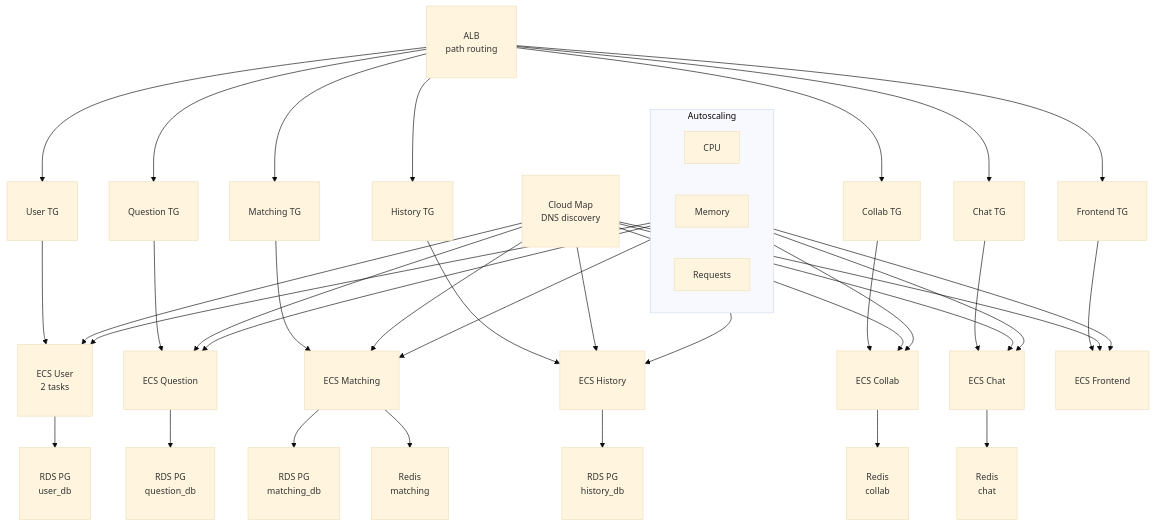
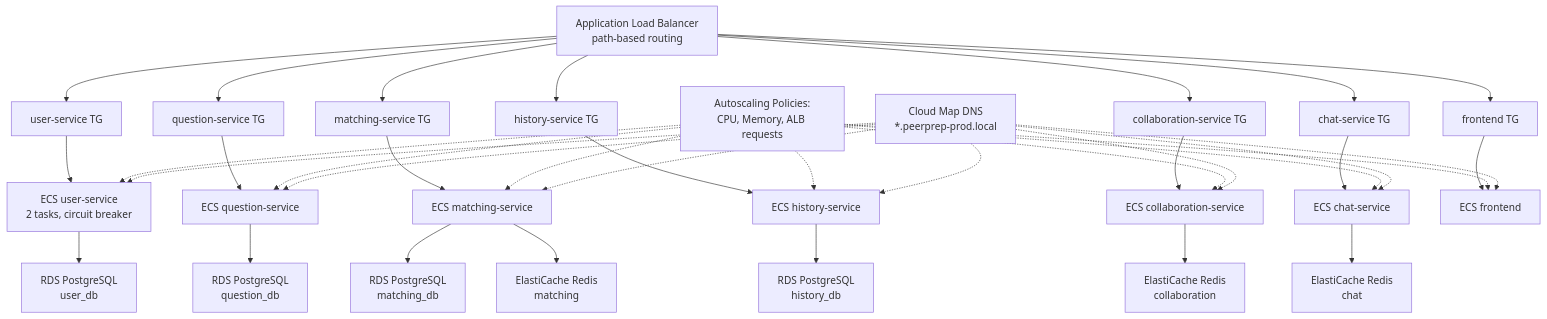
The third of 8 diagrams in docs/p1_deploy.md (JoanneHing/cs3219-ay2526s1-project-g19), drawn with Mermaid before and after one commit. The commit also changed other lines of this file, not shown here.

````diff
--- a/docs/p1_deploy.md
+++ b/docs/p1_deploy.md
@@ -71,51 +124,43 @@
 ```mermaid
-%%{init: {'theme':'base', 'themeVariables': {'fontSize':'14px'}}}%%
+
 graph TD
-  ALB["ALB<br/>path routing"] --> UserTG["User TG"]
-  ALB --> QuestionTG["Question TG"]
-  ALB --> MatchingTG["Matching TG"]
-  ALB --> HistoryTG["History TG"]
-  ALB --> CollabTG["Collab TG"]
-  ALB --> ChatTG["Chat TG"]
-  ALB --> FrontendTG["Frontend TG"]
-
-  UserTG --> UserECS["ECS User<br/>2 tasks"]
-  QuestionTG --> QuestionECS["ECS Question"]
-  MatchingTG --> MatchingECS["ECS Matching"]
-  HistoryTG --> HistoryECS["ECS History"]
-  CollabTG --> CollabECS["ECS Collab"]
-  ChatTG --> ChatECS["ECS Chat"]
-  FrontendTG --> FrontendECS["ECS Frontend"]
-
-  UserECS --> RDSUser["RDS PG<br/>user_db"]
-  QuestionECS --> RDSQuestion["RDS PG<br/>question_db"]
-  MatchingECS --> RDSMatching["RDS PG<br/>matching_db"]
-  HistoryECS --> RDSHistory["RDS PG<br/>history_db"]
-  MatchingECS --> RedisMatching["Redis<br/>matching"]
-  CollabECS --> RedisCollab["Redis<br/>collab"]
-  ChatECS --> RedisChat["Redis<br/>chat"]
-
-  subgraph AutoscalingPolicies["Autoscaling"]
-    CPU["CPU"]
-    MEM["Memory"]
-    REQ["Requests"]
-  end
-  AutoscalingPolicies --> UserECS
-  AutoscalingPolicies --> QuestionECS
-  AutoscalingPolicies --> MatchingECS
-  AutoscalingPolicies --> HistoryECS
-  AutoscalingPolicies --> CollabECS
-  AutoscalingPolicies --> ChatECS
-  AutoscalingPolicies --> FrontendECS
-
-  CloudMap["Cloud Map<br/>DNS discovery"] --> UserECS
-  CloudMap --> QuestionECS
-  CloudMap --> MatchingECS
-  CloudMap --> HistoryECS
-  CloudMap --> CollabECS
-  CloudMap --> ChatECS
-  CloudMap --> FrontendECS
-
-  classDef wider padding:10px
-  class ALB,UserTG,QuestionTG,MatchingTG,HistoryTG,CollabTG,ChatTG,FrontendTG,UserECS,QuestionECS,MatchingECS,HistoryECS,CollabECS,ChatECS,FrontendECS,RDSUser,RDSQuestion,RDSMatching,RDSHistory,RedisMatching,RedisCollab,RedisChat,CloudMap wider
+  ALB["Application Load Balancer<br/>path-based routing"] --> UserTG["user-service TG"]
+  ALB --> QuestionTG["question-service TG"]
+  ALB --> MatchingTG["matching-service TG"]
+  ALB --> HistoryTG["history-service TG"]
+  ALB --> CollabTG["collaboration-service TG"]
+  ALB --> ChatTG["chat-service TG"]
+  ALB --> FrontendTG["frontend TG"]
+  
+  UserTG --> UserECS["ECS user-service<br/>2 tasks, circuit breaker"]
+  QuestionTG --> QuestionECS["ECS question-service"]
+  MatchingTG --> MatchingECS["ECS matching-service"]
+  HistoryTG --> HistoryECS["ECS history-service"]
+  CollabTG --> CollabECS["ECS collaboration-service"]
+  ChatTG --> ChatECS["ECS chat-service"]
+  FrontendTG --> FrontendECS["ECS frontend"]
+  
+  UserECS --> RDSUser["RDS PostgreSQL<br/>user_db"]
+  QuestionECS --> RDSQuestion["RDS PostgreSQL<br/>question_db"]
+  MatchingECS --> RDSMatching["RDS PostgreSQL<br/>matching_db"]
+  HistoryECS --> RDSHistory["RDS PostgreSQL<br/>history_db"]
+  MatchingECS --> RedisMatching["ElastiCache Redis<br/>matching"]
+  CollabECS --> RedisCollab["ElastiCache Redis<br/>collaboration"]
+  ChatECS --> RedisChat["ElastiCache Redis<br/>chat"]
+  
+  Autoscaling["Autoscaling Policies:<br/>CPU, Memory, ALB requests"] -.-> UserECS
+  Autoscaling -.-> QuestionECS
+  Autoscaling -.-> MatchingECS
+  Autoscaling -.-> HistoryECS
+  Autoscaling -.-> CollabECS
+  Autoscaling -.-> ChatECS
+  Autoscaling -.-> FrontendECS
+  
+  CloudMap["Cloud Map DNS<br/>*.peerprep-prod.local"] -.-> UserECS
+  CloudMap -.-> QuestionECS
+  CloudMap -.-> MatchingECS
+  CloudMap -.-> HistoryECS
+  CloudMap -.-> CollabECS
+  CloudMap -.-> ChatECS
+  CloudMap -.-> FrontendECS
 ```
````
